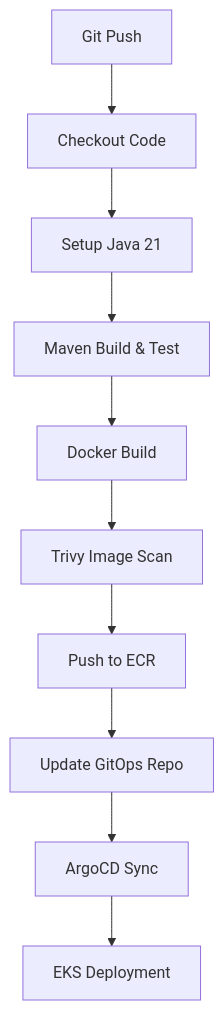
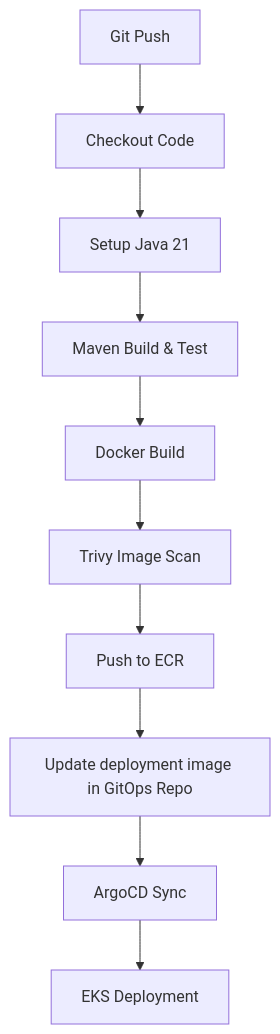
Before and after one commit to BhupeshDahiya/Demo_Java_app: the diagram in Readme.md, drawn with Mermaid.

````diff
--- a/Readme.md
+++ b/Readme.md
@@ -134,12 +134,13 @@
 ```mermaid
+%%{ init: { 'flowchart': { 'minNodeWidth': 180 } } }%%
 graph TD
     A[Git Push] --> B[Checkout Code]
     B --> C[Setup Java 21]
     C --> D[Maven Build & Test]
     D --> E[Docker Build]
     E --> F[Trivy Image Scan]
     F --> G[Push to ECR]
-    G --> H[Update GitOps Repo]
+    G --> H[Update deployment image in GitOps Repo]
     H --> I[ArgoCD Sync]
     I --> J[EKS Deployment]
 ```
````
